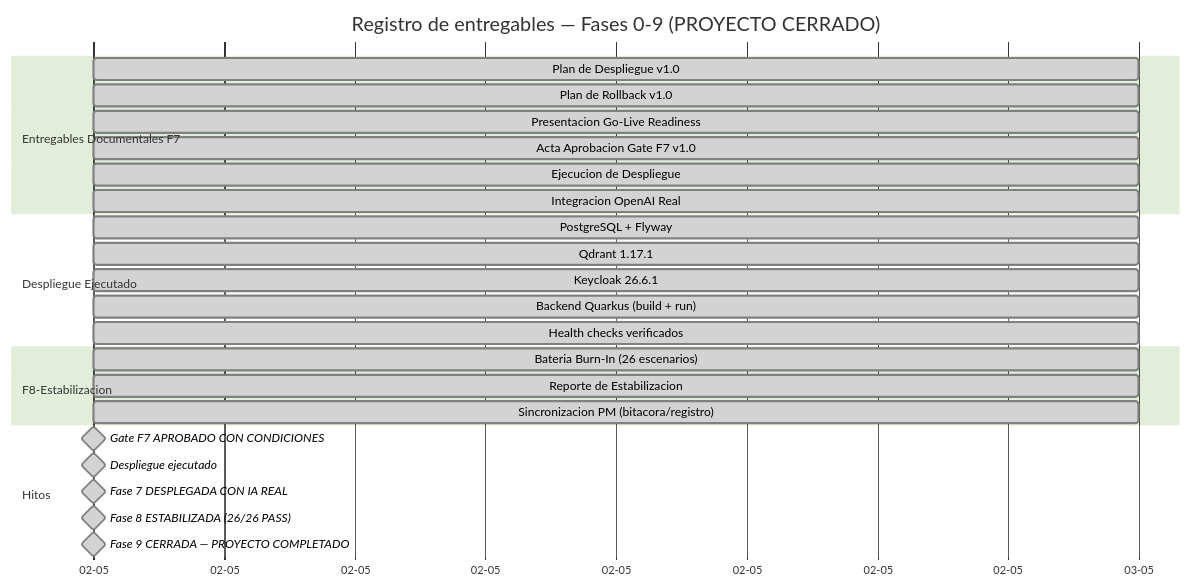
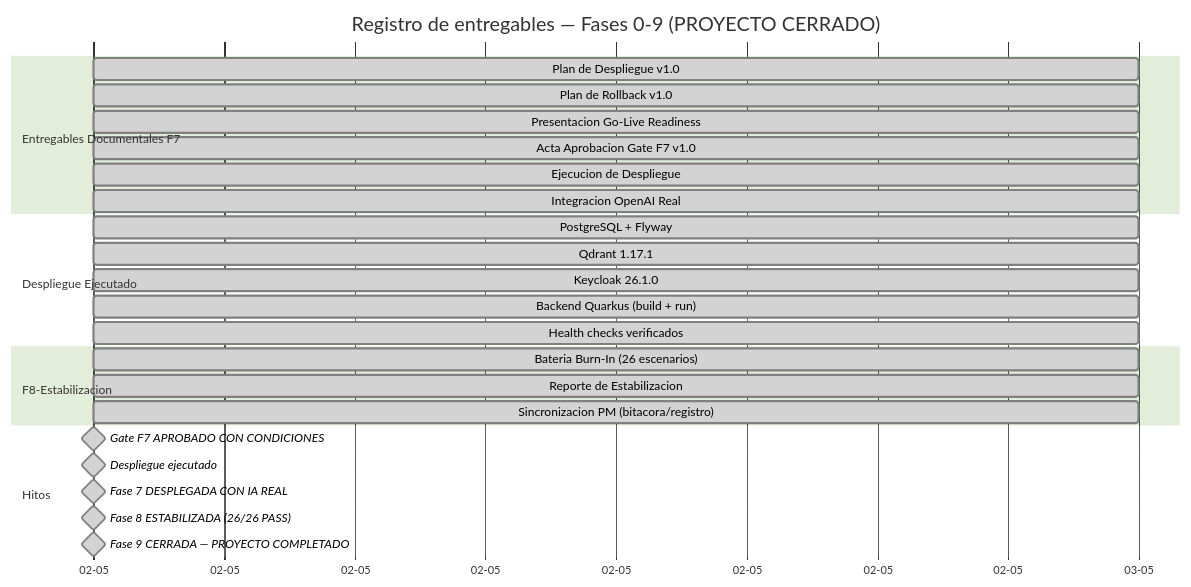
The diagram in docs/registro-entregables.md (breisnerlopez/abax-memory), drawn with Mermaid (forest theme) before and after one commit. The commit also changed other lines of this file and 3 other files, not shown here.

````diff
--- a/docs/registro-entregables.md
+++ b/docs/registro-entregables.md
@@ -411,33 +411,33 @@
 ```mermaid
 gantt
     title Registro de entregables — Fases 0-9 (PROYECTO CERRADO)
     dateFormat  YYYY-MM-DD
     axisFormat  %d-%m
 
     section Entregables Documentales F7
     Plan de Despliegue v1.0               :done, f7a1, 2026-05-02, 1d
     Plan de Rollback v1.0                 :done, f7a2, 2026-05-02, 1d
     Presentacion Go-Live Readiness        :done, f7a3, 2026-05-02, 1d
     Acta Aprobacion Gate F7 v1.0          :done, f7a3a, 2026-05-02, 1d
     Ejecucion de Despliegue               :done, f7a5, 2026-05-02, 1d
     Integracion OpenAI Real               :done, f7a6, 2026-05-02, 1d
 
     section Despliegue Ejecutado
     PostgreSQL + Flyway                   :done, f7b1, 2026-05-02, 1d
     Qdrant 1.17.1                         :done, f7b2, 2026-05-02, 1d
-    Keycloak 26.6.1                       :done, f7b3, 2026-05-02, 1d
+    Keycloak 26.1.0                       :done, f7b3, 2026-05-02, 1d
     Backend Quarkus (build + run)         :done, f7b4, 2026-05-02, 1d
     Health checks verificados             :done, f7b5, 2026-05-02, 1d
 
     section F8-Estabilizacion
     Bateria Burn-In (26 escenarios)       :done, f8a1, 2026-05-02, 1d
     Reporte de Estabilizacion             :done, f8a2, 2026-05-02, 1d
     Sincronizacion PM (bitacora/registro) :done, f8a3, 2026-05-02, 1d
 
     section Hitos
     Gate F7 APROBADO CON CONDICIONES      :done, milestone, m1, 2026-05-02, 0d
     Despliegue ejecutado                  :done, milestone, m2, 2026-05-02, 0d
     Fase 7 DESPLEGADA CON IA REAL         :done, milestone, m3, 2026-05-02, 0d
     Fase 8 ESTABILIZADA (26/26 PASS)      :done, milestone, m4, 2026-05-02, 0d
     Fase 9 CERRADA — PROYECTO COMPLETADO    :done, milestone, m6, 2026-05-02, 0d
 ```
````
